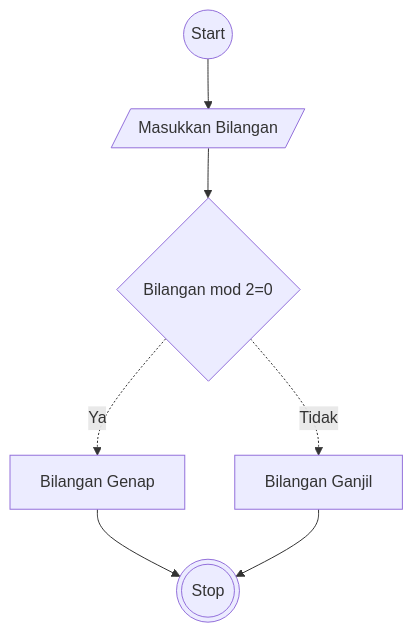
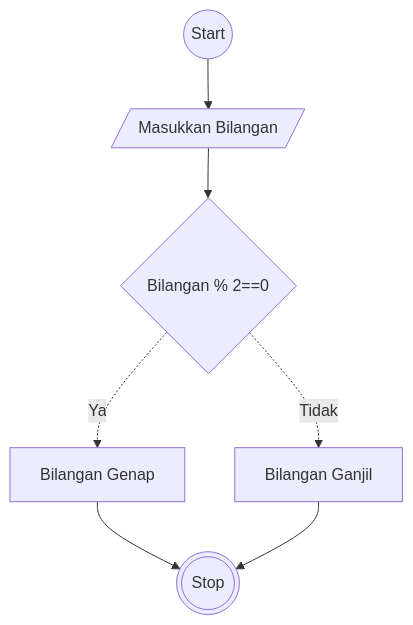
Before and after one commit to dimastadeoo/koda-b8-algoritma: the diagram in ganjil-genap.md, drawn with Mermaid.

````diff
--- a/ganjil-genap.md
+++ b/ganjil-genap.md
@@ -16,18 +16,18 @@
 ```mermaid
 flowchart TD
     A@{ shape: circle, label: "Start" }
     
     B@{ shape: lean-r, label: "Masukkan Bilangan" }
 
-    C@{ shape: diamond, label: "Bilangan mod 2=0" }
+    C@{ shape: diamond, label: "Bilangan % 2==0" }
 
     D@{ shape: rect, label: "Bilangan Ganjil" }
     E@{ shape: rect, label: "Bilangan Genap" }
 
     F@{ shape: dbl-circ, label: "Stop" }
 
     A --> B --> C-. Ya .-> E --> F
     C-. Tidak .-> D --> F
 
 
 ```
````
